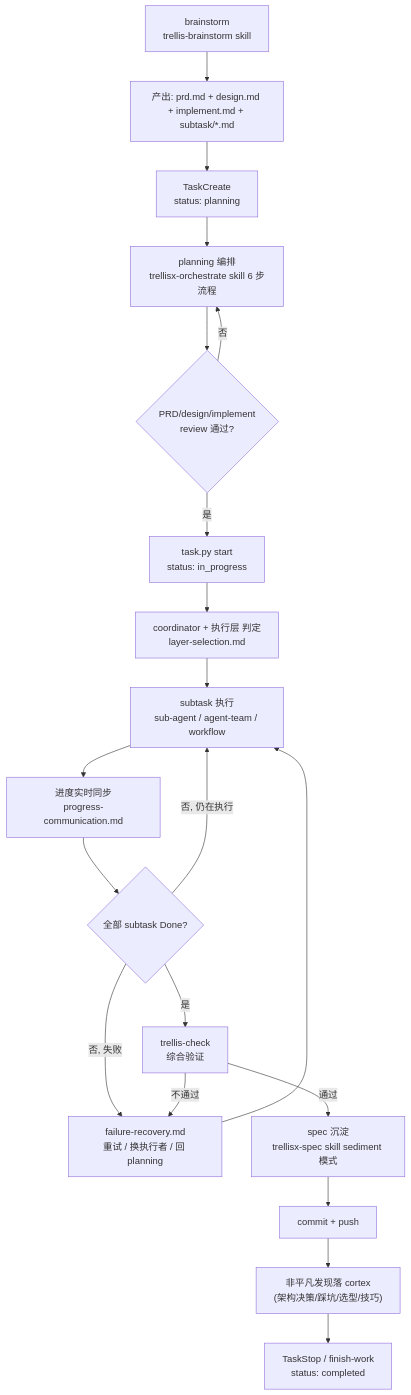
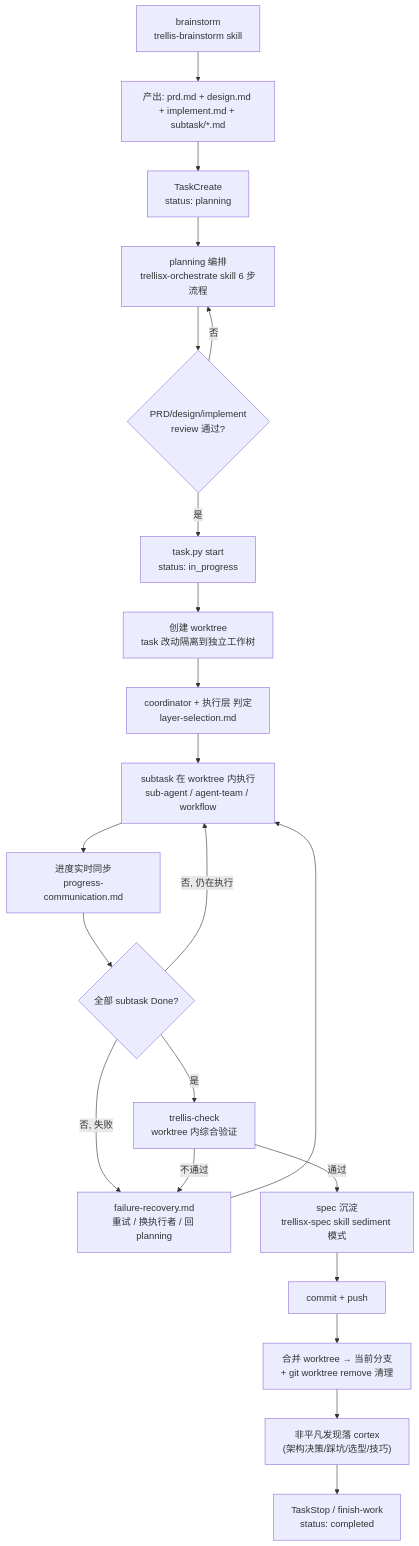
Before and after one commit to lazygophers/ccplugin: the diagram in plugins/tools/trellisx/skills/trellisx-orchestrate/references/task-lifecycle.md, drawn with Mermaid. The commit also changed other lines of this file and 5 other files, not shown here.

First line of the commit message:
feat(trellisx): worktree 强制启用 + task 门槛 + 生命周期绑定

````diff
--- a/plugins/tools/trellisx/skills/trellisx-orchestrate/references/task-lifecycle.md
+++ b/plugins/tools/trellisx/skills/trellisx-orchestrate/references/task-lifecycle.md
@@ -7,22 +7,24 @@
 ```mermaid
 flowchart TB
     BS["brainstorm<br/>trellis-brainstorm skill"] --> ARTIFACTS["产出: prd.md + design.md + implement.md + subtask/*.md"]
     ARTIFACTS --> TC["TaskCreate<br/>status: planning"]
     TC --> PLAN["planning 编排<br/>trellisx-orchestrate skill 6 步流程"]
     PLAN --> REVIEW{"PRD/design/implement<br/>review 通过?"}
     REVIEW -->|否| PLAN
     REVIEW -->|是| START["task.py start<br/>status: in_progress"]
-    START --> COORD["coordinator + 执行层 判定<br/>layer-selection.md"]
-    COORD --> EXEC["subtask 执行<br/>sub-agent / agent-team / workflow"]
+    START --> WT["创建 worktree<br/>task 改动隔离到独立工作树"]
+    WT --> COORD["coordinator + 执行层 判定<br/>layer-selection.md"]
+    COORD --> EXEC["subtask 在 worktree 内执行<br/>sub-agent / agent-team / workflow"]
     EXEC --> COMM["进度实时同步<br/>progress-communication.md"]
     COMM --> CHECK{"全部 subtask Done?"}
     CHECK -->|否, 失败| RECOVER["failure-recovery.md<br/>重试 / 换执行者 / 回 planning"]
     RECOVER --> EXEC
     CHECK -->|否, 仍在执行| EXEC
-    CHECK -->|是| VERIFY["trellis-check<br/>综合验证"]
+    CHECK -->|是| VERIFY["trellis-check<br/>worktree 内综合验证"]
     VERIFY -->|不通过| RECOVER
     VERIFY -->|通过| SPEC["spec 沉淀<br/>trellisx-spec skill sediment 模式"]
     SPEC --> COMMIT["commit + push"]
-    COMMIT --> CORTEX["非平凡发现落 cortex<br/>(架构决策/踩坑/选型/技巧)"]
+    COMMIT --> MERGE["合并 worktree → 当前分支<br/>+ git worktree remove 清理"]
+    MERGE --> CORTEX["非平凡发现落 cortex<br/>(架构决策/踩坑/选型/技巧)"]
     CORTEX --> STOP["TaskStop / finish-work<br/>status: completed"]
 ```
````
